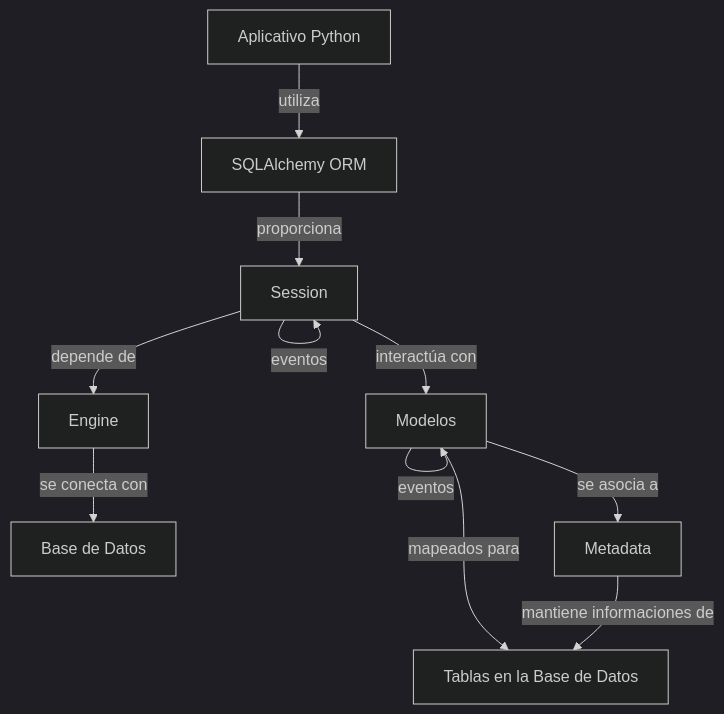
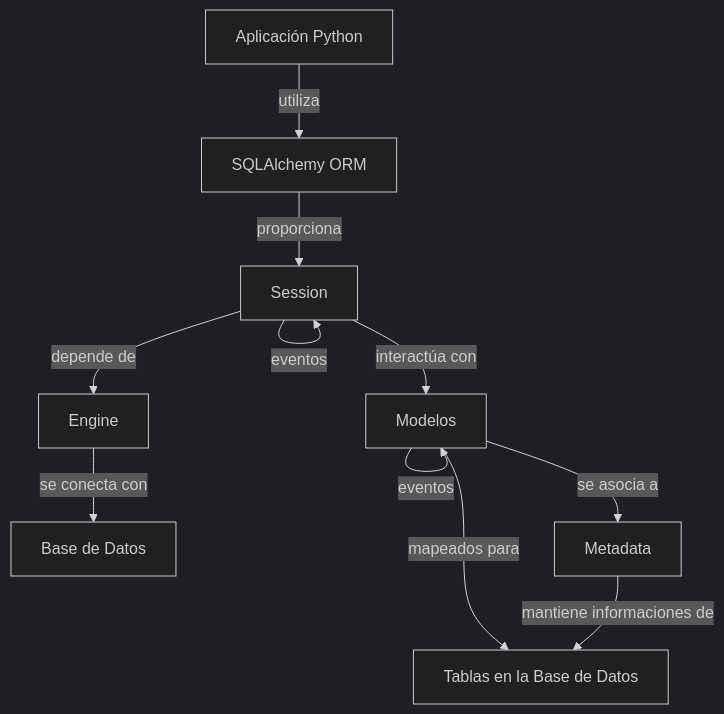
Before and after one commit to rmatuk/prog2: the diagram in aulas/04.md, drawn with Mermaid (dark theme). The commit also changed other lines of this file and 31 other files, not shown here.

````diff
--- a/aulas/04.md
+++ b/aulas/04.md
@@ -201,13 +201,13 @@
 ```mermaid
 graph
-  A[Aplicativo Python] -- utiliza --> B[SQLAlchemy ORM]
+  A[Aplicación Python] -- utiliza --> B[SQLAlchemy ORM]
   B -- proporciona --> D[Session]
   D -- eventos --> D
   D -- interactúa con --> C[Modelos]
   C -- eventos --> C
   C -- mapeados para --> G[Tablas en la Base de Datos]
   D -- depende de --> E[Engine]
   E -- se conecta con --> F[Base de Datos]
   C -- se asocia a --> H[Metadata]
   H -- mantiene informaciones de --> G[Tablas en la Base de Datos]
 ```
````
